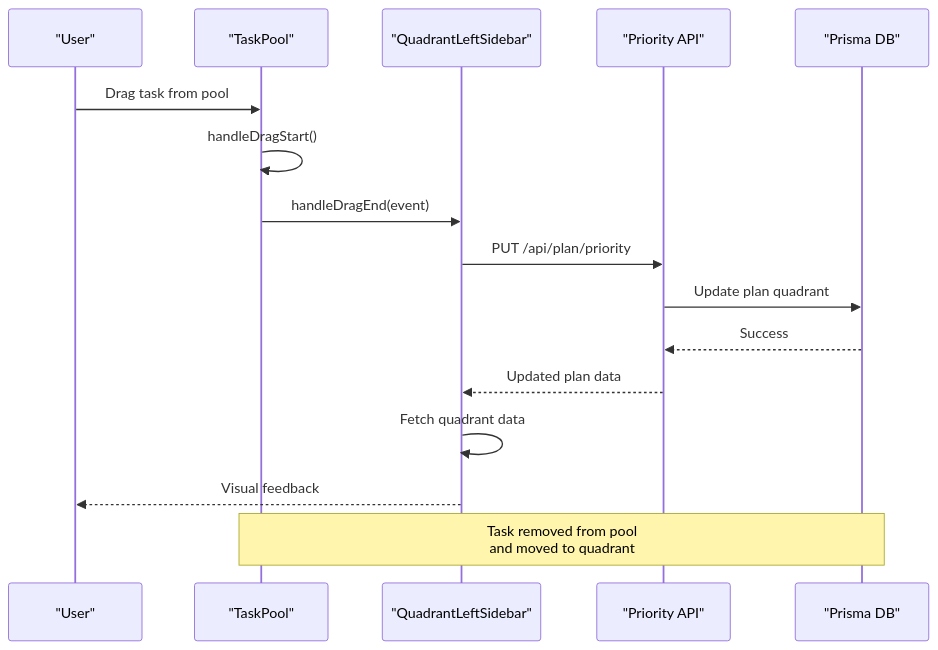
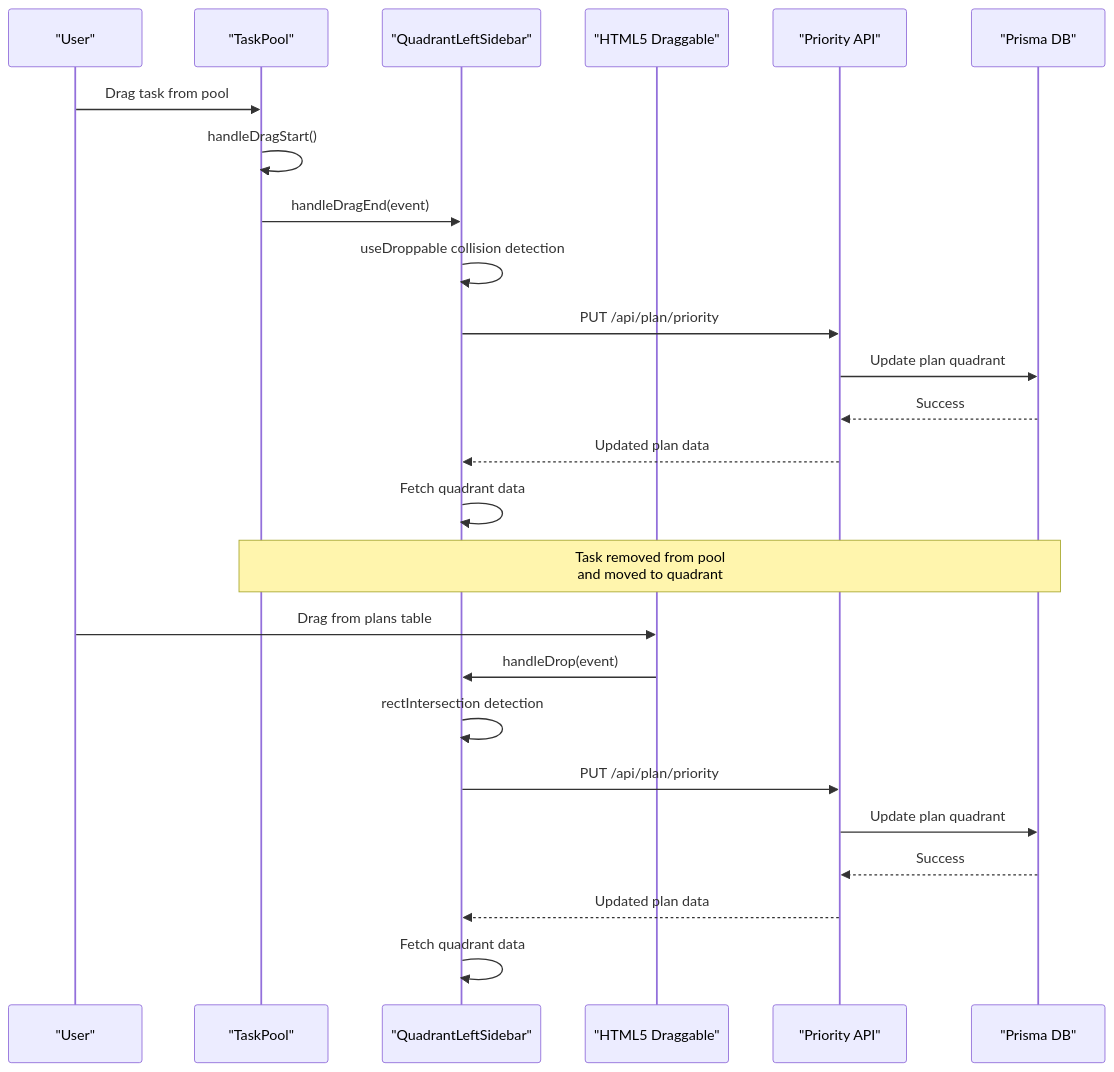
One commit to peixuanhu/goal-mate changed the fourth of 10 diagrams in .qoder/repowiki/en/content/UI Components/Drag-and-Drop Functionality.md. Above: the diagram before and after it, drawn with Mermaid. The commit also changed other lines of this file and 3 other files, not shown here.

````diff
--- a/.qoder/repowiki/en/content/UI Components/Drag-and-Drop Functionality.md
+++ b/.qoder/repowiki/en/content/UI Components/Drag-and-Drop Functionality.md
@@ -160,18 +164,27 @@
 ```mermaid
 sequenceDiagram
 participant User as "User"
 participant TP as "TaskPool"
 participant QLS as "QuadrantLeftSidebar"
+participant HTML5 as "HTML5 Draggable"
 participant API as "Priority API"
 participant DB as "Prisma DB"
 User->>TP : Drag task from pool
 TP->>TP : handleDragStart()
 TP->>QLS : handleDragEnd(event)
+QLS->>QLS : useDroppable collision detection
 QLS->>API : PUT /api/plan/priority
 API->>DB : Update plan quadrant
 DB-->>API : Success
 API-->>QLS : Updated plan data
 QLS->>QLS : Fetch quadrant data
-QLS-->>User : Visual feedback
 Note over TP,DB : Task removed from pool<br/>and moved to quadrant
+User->>HTML5 : Drag from plans table
+HTML5->>QLS : handleDrop(event)
+QLS->>QLS : rectIntersection detection
+QLS->>API : PUT /api/plan/priority
+API->>DB : Update plan quadrant
+DB-->>API : Success
+API-->>QLS : Updated plan data
+QLS->>QLS : Fetch quadrant data
 ```
````
